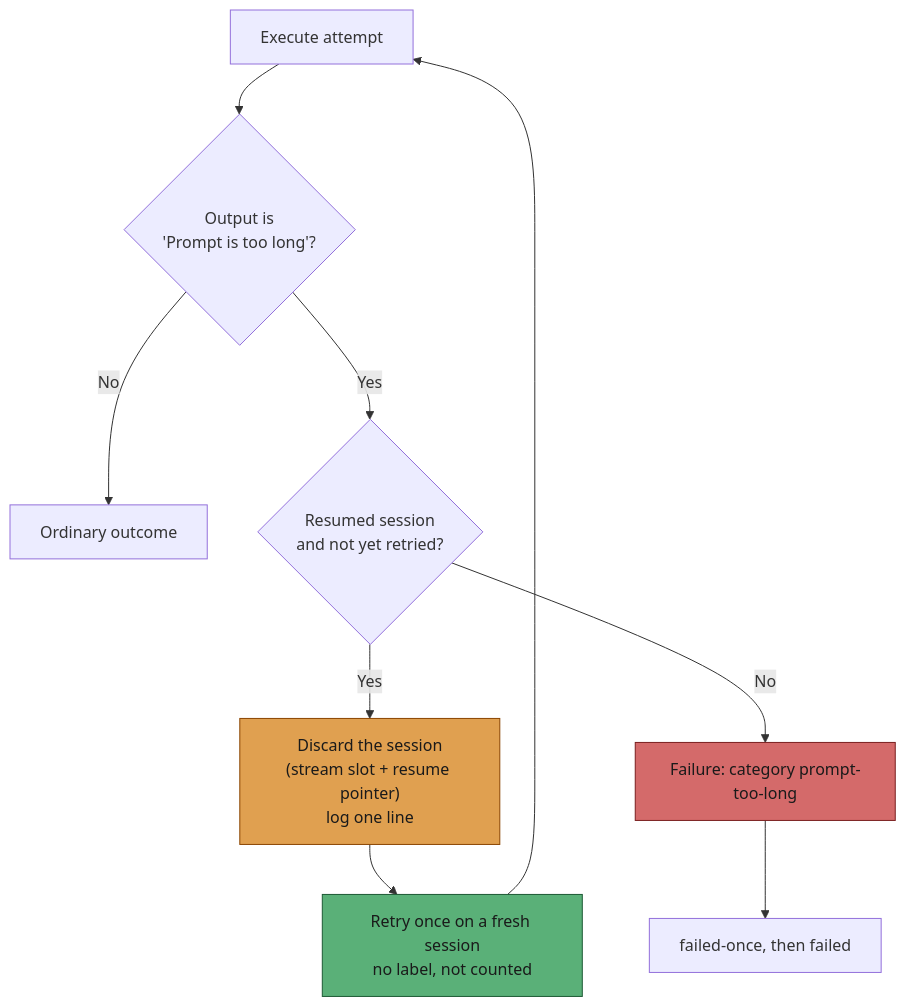
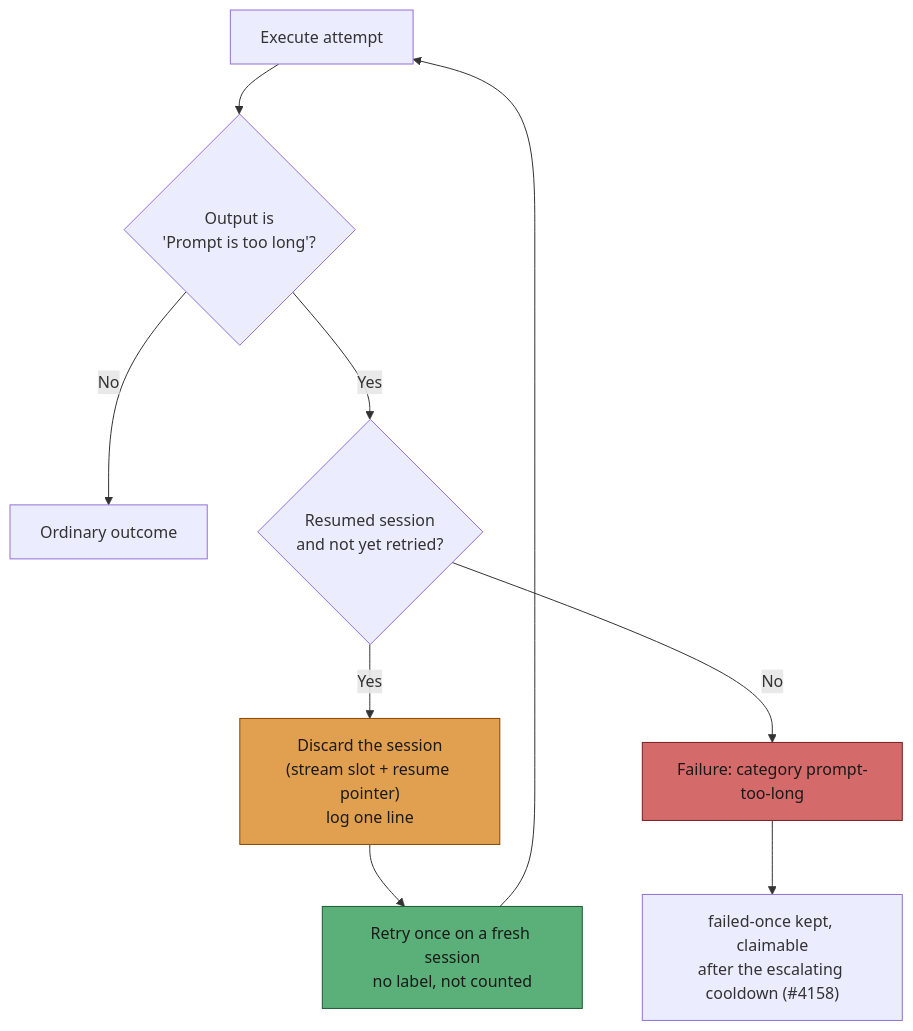
Diagram 17 of 17 in docs/workflows/issue-processing.md (stSoftwareAU/VibeCoder), drawn with Mermaid before and after one commit. The commit also changed other lines of this file and 2 other files, not shown here.

First line of the commit message:
docs: a repeat failure keeps failed-once; the worker never applies failed (Issue #5318)

````diff
--- a/docs/workflows/issue-processing.md
+++ b/docs/workflows/issue-processing.md
@@ -1826,14 +1827,14 @@
 ```mermaid
 flowchart TD
   Run["Execute attempt"] --> Out{"Output is<br/>'Prompt is too long'?"}
   Out -->|No| Normal["Ordinary outcome"]
   Out -->|Yes| Resumed{"Resumed session<br/>and not yet retried?"}
   Resumed -->|Yes| Discard["Discard the session<br/>(stream slot + resume pointer)<br/>log one line"]
   Discard --> Fresh["Retry once on a fresh session<br/>no label, not counted"]
   Fresh --> Run
   Resumed -->|No| Fail["Failure: category prompt-too-long"]
-  Fail --> Ladder["failed-once, then failed"]
+  Fail --> Ladder["failed-once kept, claimable<br/>after the escalating cooldown (#4158)"]
   style Discard fill:#e0a050,stroke:#8b4500,color:#1a1a1a
   style Fresh fill:#5ab078,stroke:#1d5a35,color:#1a1a1a
   style Fail fill:#d46a6a,stroke:#7a1f1f,color:#1a1a1a
 ```
````
